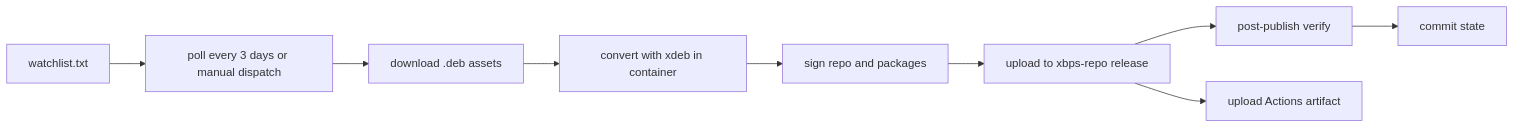
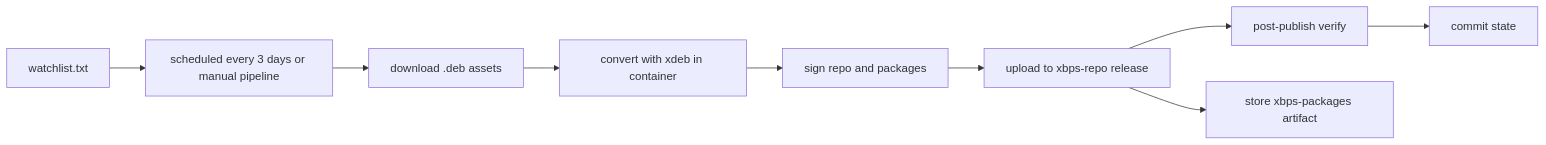
One commit to bagaskara815/debport changed the diagram in README.md. Above: the diagram before and after it, drawn with Mermaid. The commit also changed other lines of this file and 4 other files, not shown here.

````diff
--- a/README.md
+++ b/README.md
@@ -13,11 +13,11 @@
 ```mermaid
 flowchart LR
-    W[watchlist.txt] --> P[poll every 3 days or manual dispatch]
+    W[watchlist.txt] --> P[scheduled every 3 days or manual pipeline]
     P --> D[download .deb assets]
     D --> C[convert with xdeb in container]
     C --> S[sign repo and packages]
     S --> U[upload to xbps-repo release]
     U --> V[post-publish verify]
     V --> T[commit state]
-    U --> A[upload Actions artifact]
+    U --> A[store xbps-packages artifact]
 ```
````
